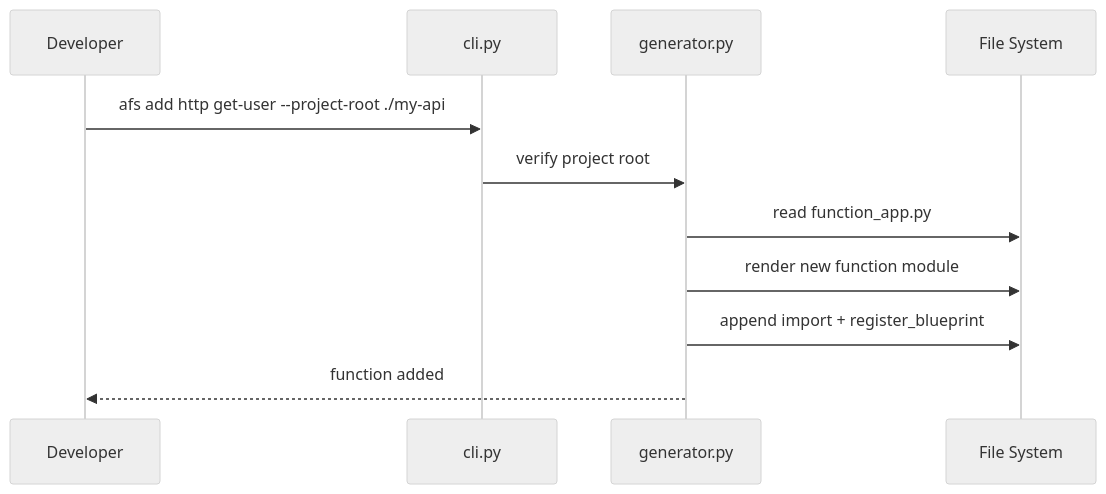
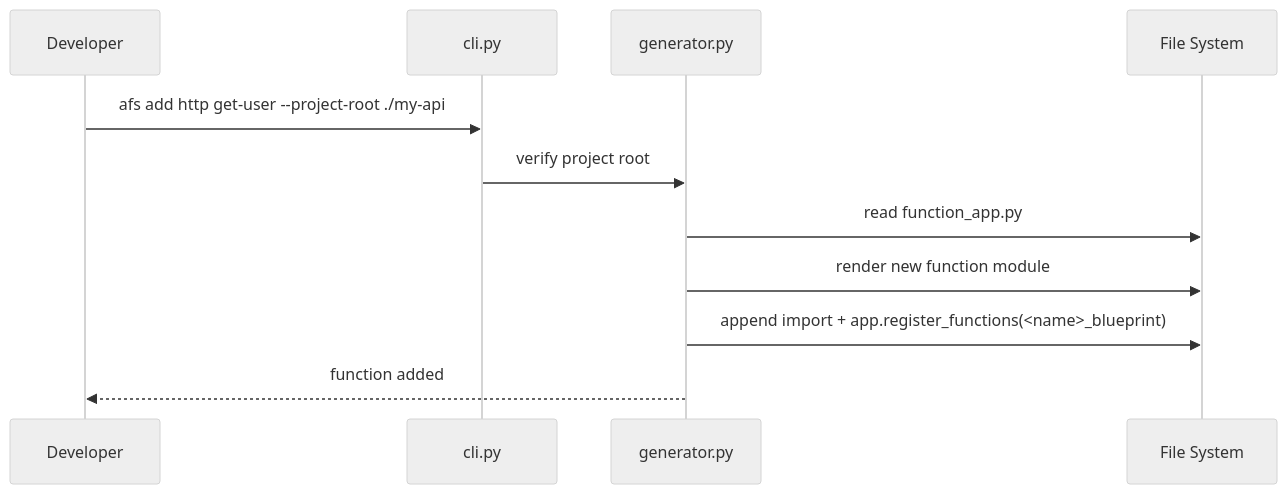
One commit to yeongseon/azure-functions-scaffold changed the third of 4 diagrams in docs/reference/architecture.md. Above: the diagram before and after it, drawn with Mermaid (neutral theme). The commit also changed other lines of this file, not shown here.

First line of the commit message:
docs: fix stale diagrams in architecture.md (#34)

````diff
--- a/docs/reference/architecture.md
+++ b/docs/reference/architecture.md
@@ -139,14 +144,14 @@
 ```mermaid
 sequenceDiagram
     participant Dev as Developer
     participant CLI as cli.py
     participant GEN as generator.py
     participant FS as File System
 
     Dev->>CLI: afs add http get-user --project-root ./my-api
     CLI->>GEN: verify project root
     GEN->>FS: read function_app.py
     GEN->>FS: render new function module
-    GEN->>FS: append import + register_blueprint
+    GEN->>FS: append import + app.register_functions(<name>_blueprint)
     GEN-->>Dev: function added
 ```
````
